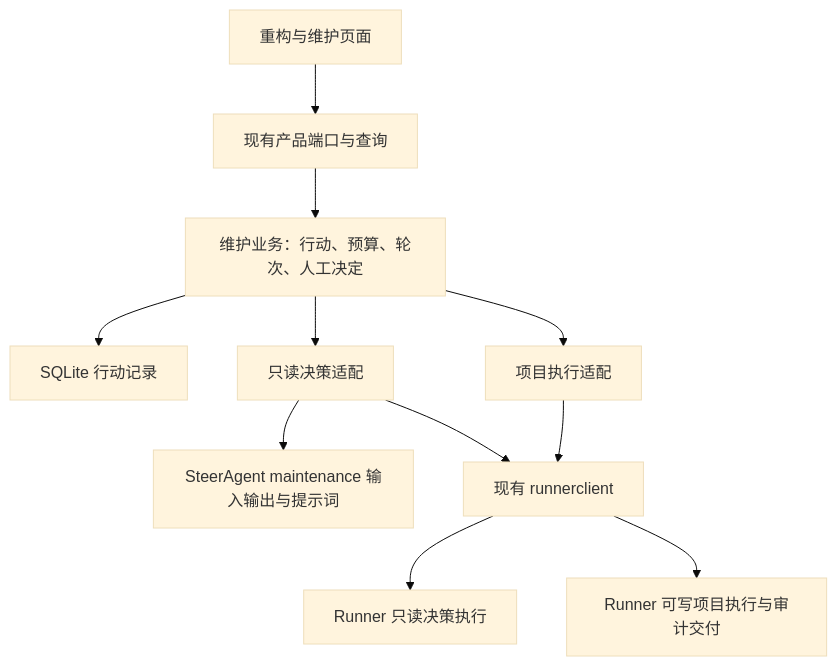
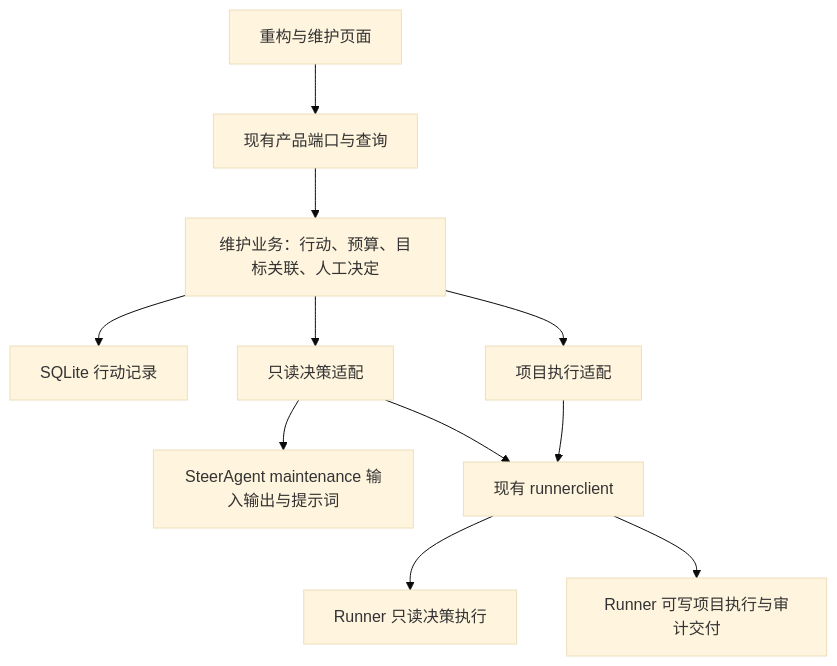
The diagram in docs/architecture/refactoring-maintenance.md (erranliu/SteerLine), drawn with Mermaid (base theme) before and after one commit. The commit also changed other lines of this file and 52 other files, not shown here.

````diff
--- a/docs/architecture/refactoring-maintenance.md
+++ b/docs/architecture/refactoring-maintenance.md
@@ -13,13 +13,13 @@
 ```mermaid
 flowchart TD
     UI[重构与维护页面] --> Product[现有产品端口与查询]
-    Product --> Owner[维护业务：行动、预算、轮次、人工决定]
+    Product --> Owner[维护业务：行动、预算、目标关联、人工决定]
     Owner --> Store[SQLite 行动记录]
     Owner --> Decision[只读决策适配]
     Decision --> Core[SteerAgent maintenance 输入输出与提示词]
     Decision --> Client[现有 runnerclient]
     Owner --> Execution[项目执行适配]
     Execution --> Client
     Client --> ReadOnly[Runner 只读决策执行]
     Client --> Writable[Runner 可写项目执行与审计交付]
 ```
````
